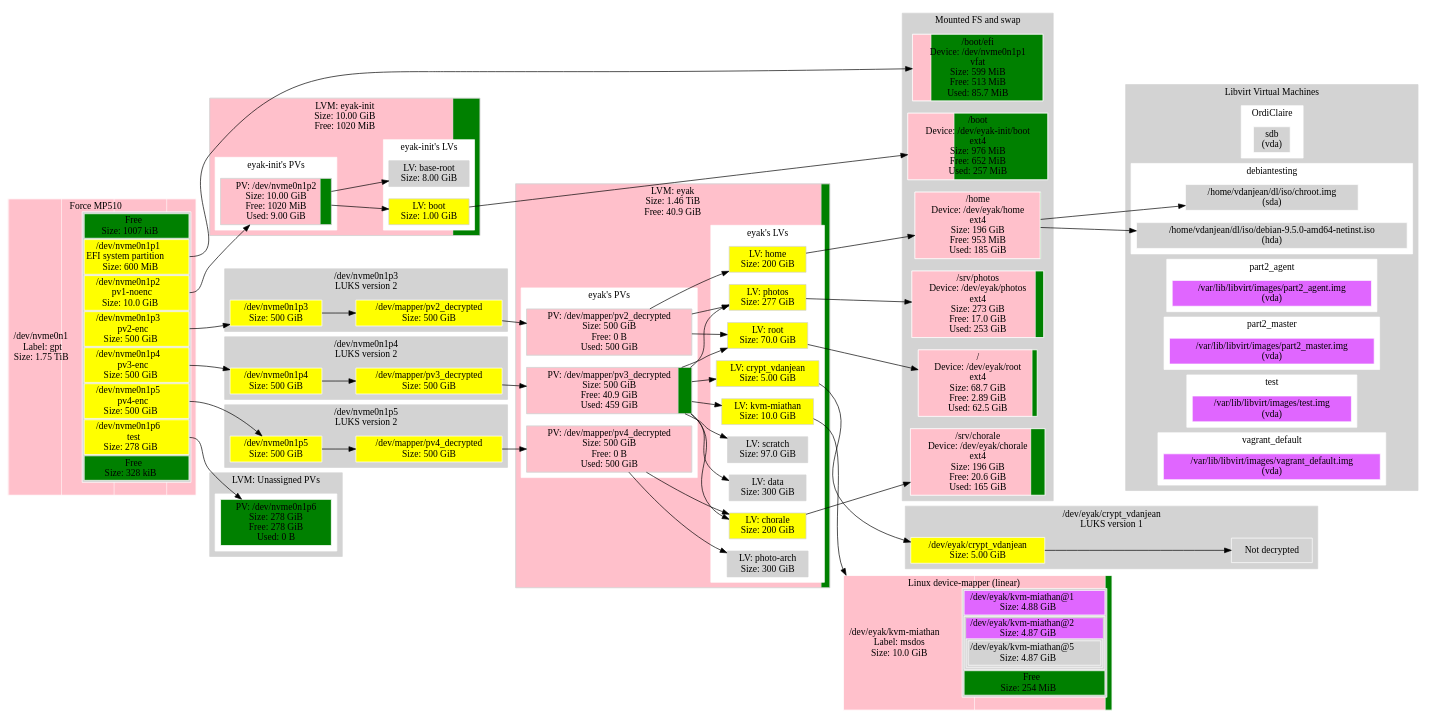
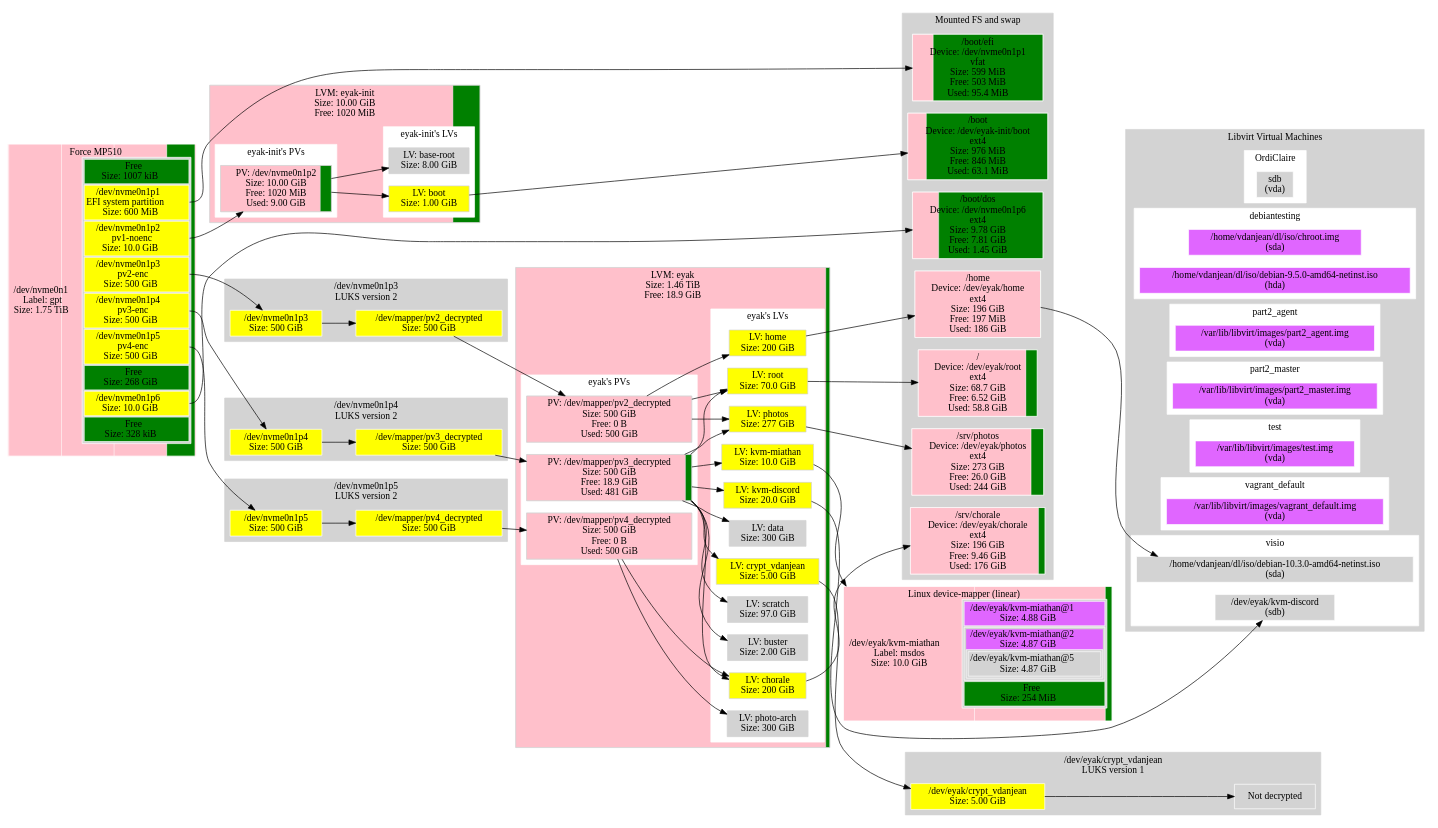
One commit to metacpan/metacpan-cpan-extracted changed the diagram in distros/S/StorageDisplay/data/localhost.ref.dot. Above: the diagram before and after it, drawn with Graphviz. The commit also changed 1802 other files, not shown here.

```diff
--- a/distros/S/StorageDisplay/data/localhost.ref.dot
+++ b/distros/S/StorageDisplay/data/localhost.ref.dot
@@ -1,6 +1,6 @@
 digraph "machine"{
 	rankdir=LR;
-	{ "@Part: dm-6" [
+	{ "@Part: dm-8" [
 		label=<<TABLE BORDER="0" CELLPADDING="0" CELLSPACING="0">
 				<TR> <TD COLSPAN="2">Linux device-mapper (linear)</TD> </TR><TR><TD >/dev/eyak/kvm-miathan<BR/>Label: msdos<BR/>Size: 10.0 GiB</TD>    <TD BGCOLOR="lightgrey">
 				<TABLE >
@@ -76,8 +76,13 @@
 						</TD>
 					</TR>
 					<TR>
+						<TD bgcolor="green">
+						Free<BR/>Size: 268 GiB
+						</TD>
+					</TR>
+					<TR>
 						<TD PORT="6" BGCOLOR="yellow">
-						/dev/nvme0n1p6<BR/>test<BR/>Size: 278 GiB
+						/dev/nvme0n1p6<BR/>Size: 10.0 GiB
 						</TD>
 					</TR>
 					<TR>
@@ -94,24 +99,8 @@
 		fillcolor=lightgrey;
 		shape="rectangle";
 		style=striped;
-		fillcolor="green;0.000001:pink;0.000328:pink;0.005591:pink;0.279564:pink;0.279564:pink;0.279564:pink;0.155387:green;0.000000";
+		fillcolor="green;0.000001:pink;0.000328:pink;0.005591:pink;0.279564:pink;0.279564:pink;0.279564:green;0.149796:pink;0.005591:green;0.000000";
 	]; }
-	subgraph "cluster_Unassigned PVs" {
-		style=filled;
-		color=lightgrey;
-		fillcolor=lightgrey;
-		node [style=filled,color=white,fillcolor=lightgrey,shape=rectangle];
-		subgraph "cluster_Unassigned PVs@PV" {
-			color=white;
-			fillcolor=white;
-			{ "LVM@Unassigned PVs@PV@nvme0n1p6" [
-				label="PV: /dev/nvme0n1p6\nSize: 278 GiB\nFree: 278 GiB\nUsed: 0 B";
-				style=striped;fillcolor="green"
-			]; }
-			label="";
-		}
-		label="LVM: Unassigned PVs";
-	}
 	subgraph "cluster_eyak" {
 		style=filled;
 		color=lightgrey;
@@ -120,15 +109,15 @@
 		subgraph "cluster_eyak@PV" {
 			color=white;
 			fillcolor=white;
-			{ "LVM@eyak@PV@dm-0" [
+			{ "LVM@eyak@PV@dm-2" [
 				label="PV: /dev/mapper/pv2_decrypted\nSize: 500 GiB\nFree: 0 B\nUsed: 500 GiB";
 				style=striped;fillcolor="pink;1.000000.2:green"
 			]; }
-			{ "LVM@eyak@PV@dm-2" [
-				label="PV: /dev/mapper/pv3_decrypted\nSize: 500 GiB\nFree: 40.9 GiB\nUsed: 459 GiB";
-				style=striped;fillcolor="pink;0.918114.2:green"
+			{ "LVM@eyak@PV@dm-4" [
+				label="PV: /dev/mapper/pv3_decrypted\nSize: 500 GiB\nFree: 18.9 GiB\nUsed: 481 GiB";
+				style=striped;fillcolor="pink;0.962116.2:green"
 			]; }
-			{ "LVM@eyak@PV@dm-11" [
+			{ "LVM@eyak@PV@dm-13" [
 				label="PV: /dev/mapper/pv4_decrypted\nSize: 500 GiB\nFree: 0 B\nUsed: 500 GiB";
 				style=striped;fillcolor="pink;1.000000.2:green"
 			]; }
@@ -137,46 +126,54 @@
 		subgraph "cluster_eyak@LV" {
 			color=white;
 			fillcolor=white;
-			{ "dm-13" [
+			{ "dm-12" [
+				label="LV: buster\nSize: 2.00 GiB";
+				fillcolor="lightgrey"
+			]; }
+			{ "dm-15" [
 				label="LV: chorale\nSize: 200 GiB";
 				fillcolor="yellow"
 			]; }
-			{ "dm-5" [
+			{ "dm-7" [
 				label="LV: crypt_vdanjean\nSize: 5.00 GiB";
 				fillcolor="yellow"
 			]; }
-			{ "dm-7" [
+			{ "dm-9" [
 				label="LV: data\nSize: 300 GiB";
 				fillcolor="lightgrey"
 			]; }
-			{ "dm-1" [
+			{ "dm-3" [
 				label="LV: home\nSize: 200 GiB";
 				fillcolor="yellow"
 			]; }
-			{ "dm-6" [
+			{ "dm-11" [
+				label="LV: kvm-discord\nSize: 20.0 GiB";
+				fillcolor="yellow"
+			]; }
+			{ "dm-8" [
 				label="LV: kvm-miathan\nSize: 10.0 GiB";
 				fillcolor="yellow"
 			]; }
-			{ "dm-12" [
+			{ "dm-14" [
 				label="LV: photo-arch\nSize: 300 GiB";
 				fillcolor="lightgrey"
 			]; }
-			{ "dm-4" [
+			{ "dm-6" [
 				label="LV: photos\nSize: 277 GiB";
 				fillcolor="yellow"
 			]; }
-			{ "dm-3" [
+			{ "dm-5" [
 				label="LV: root\nSize: 70.0 GiB";
 				fillcolor="yellow"
 			]; }
-			{ "dm-8" [
+			{ "dm-10" [
 				label="LV: scratch\nSize: 97.0 GiB";
 				fillcolor="lightgrey"
 			]; }
 			label="eyak's LVs";
 		}
-		label="LVM: eyak\nSize: 1.46 TiB\nFree: 40.9 GiB";
-		style=striped;fillcolor="pink;0.972705.2:green"
+		label="LVM: eyak\nSize: 1.46 TiB\nFree: 18.9 GiB";
+		style=striped;fillcolor="pink;0.987372.2:green"
 	}
 	subgraph "cluster_eyak-init" {
 		style=filled;
@@ -195,11 +192,11 @@
 		subgraph "cluster_eyak-init@LV" {
 			color=white;
 			fillcolor=white;
-			{ "dm-10" [
+			{ "dm-1" [
 				label="LV: base-root\nSize: 8.00 GiB";
 				fillcolor="lightgrey"
 			]; }
-			{ "dm-9" [
+			{ "dm-0" [
 				label="LV: boot\nSize: 1.00 GiB";
 				fillcolor="yellow"
 			]; }
@@ -208,16 +205,16 @@
 		label="LVM: eyak-init\nSize: 10.00 GiB\nFree: 1020 MiB";
 		style=striped;fillcolor="pink;0.900352.2:green"
 	}
-	subgraph "cluster_@LUKS@dm-5" {
+	subgraph "cluster_@LUKS@dm-7" {
 		style=filled;
 		color=lightgrey;
 		fillcolor=lightgrey;
 		node [style=filled,color=white,fillcolor=lightgrey,shape=rectangle];
-		{ "@LUKS@dm-5@dm-5" [
+		{ "@LUKS@dm-7@dm-7" [
 			label="/dev/eyak/crypt_vdanjean\nSize: 5.00 GiB";
 			fillcolor="yellow"
 		]; }
-		{ "@LUKS@dm-5@@" [
+		{ "@LUKS@dm-7@@" [
 			label="Not decrypted";
 		]; }
 		label="/dev/eyak/crypt_vdanjean\nLUKS version 1";
@@ -231,7 +228,7 @@
 			label="/dev/nvme0n1p3\nSize: 500 GiB";
 			fillcolor="yellow"
 		]; }
-		{ "dm-0" [
+		{ "dm-2" [
 			label="/dev/mapper/pv2_decrypted\nSize: 500 GiB";
 			fillcolor="yellow"
 		]; }
@@ -246,7 +243,7 @@
 			label="/dev/nvme0n1p4\nSize: 500 GiB";
 			fillcolor="yellow"
 		]; }
-		{ "dm-2" [
+		{ "dm-4" [
 			label="/dev/mapper/pv3_decrypted\nSize: 500 GiB";
 			fillcolor="yellow"
 		]; }
@@ -261,7 +258,7 @@
 			label="/dev/nvme0n1p5\nSize: 500 GiB";
 			fillcolor="yellow"
 		]; }
-		{ "dm-11" [
+		{ "dm-13" [
 			label="/dev/mapper/pv4_decrypted\nSize: 500 GiB";
 			fillcolor="yellow"
 		]; }
@@ -273,28 +270,32 @@
 		fillcolor=lightgrey;
 		node [style=filled,color=white,fillcolor=lightgrey,shape=rectangle];
 		{ "@FS@/boot" [
-			label="/boot\nDevice: /dev/eyak-init/boot\next4\nSize: 976 MiB\nFree: 652 MiB\nUsed: 257 MiB";
-			style=striped;fillcolor="pink;0.331810.2:green"
+			label="/boot\nDevice: /dev/eyak-init/boot\next4\nSize: 976 MiB\nFree: 846 MiB\nUsed: 63.1 MiB";
+			style=striped;fillcolor="pink;0.133515.2:green"
 		]; }
 		{ "@FS@/srv/chorale" [
-			label="/srv/chorale\nDevice: /dev/eyak/chorale\next4\nSize: 196 GiB\nFree: 20.6 GiB\nUsed: 165 GiB";
-			style=striped;fillcolor="pink;0.894964.2:green"
+			label="/srv/chorale\nDevice: /dev/eyak/chorale\next4\nSize: 196 GiB\nFree: 9.46 GiB\nUsed: 176 GiB";
+			style=striped;fillcolor="pink;0.951683.2:green"
 		]; }
 		{ "@FS@/home" [
-			label="/home\nDevice: /dev/eyak/home\next4\nSize: 196 GiB\nFree: 953 MiB\nUsed: 185 GiB";
-			style=striped;fillcolor="pink;0.995247.2:green"
+			label="/home\nDevice: /dev/eyak/home\next4\nSize: 196 GiB\nFree: 197 MiB\nUsed: 186 GiB";
+			style=striped;fillcolor="pink;0.999017.2:green"
 		]; }
 		{ "@FS@/srv/photos" [
-			label="/srv/photos\nDevice: /dev/eyak/photos\next4\nSize: 273 GiB\nFree: 17.0 GiB\nUsed: 253 GiB";
-			style=striped;fillcolor="pink;0.937555.2:green"
+			label="/srv/photos\nDevice: /dev/eyak/photos\next4\nSize: 273 GiB\nFree: 26.0 GiB\nUsed: 244 GiB";
+			style=striped;fillcolor="pink;0.904696.2:green"
 		]; }
 		{ "@FS@/" [
-			label="/\nDevice: /dev/eyak/root\next4\nSize: 68.7 GiB\nFree: 2.89 GiB\nUsed: 62.5 GiB";
-			style=striped;fillcolor="pink;0.957862.2:green"
+			label="/\nDevice: /dev/eyak/root\next4\nSize: 68.7 GiB\nFree: 6.52 GiB\nUsed: 58.8 GiB";
+			style=striped;fillcolor="pink;0.904970.2:green"
 		]; }
 		{ "@FS@/boot/efi" [
-			label="/boot/efi\nDevice: /dev/nvme0n1p1\nvfat\nSize: 599 MiB\nFree: 513 MiB\nUsed: 85.7 MiB";
-			style=striped;fillcolor="pink;0.143089.2:green"
+			label="/boot/efi\nDevice: /dev/nvme0n1p1\nvfat\nSize: 599 MiB\nFree: 503 MiB\nUsed: 95.4 MiB";
+			style=striped;fillcolor="pink;0.159267.2:green"
+		]; }
+		{ "@FS@/boot/dos" [
+			label="/boot/dos\nDevice: /dev/nvme0n1p6\next4\nSize: 9.78 GiB\nFree: 7.81 GiB\nUsed: 1.45 GiB";
+			style=striped;fillcolor="pink;0.201017.2:green"
 		]; }
 		label="Mounted FS and swap";
 	}
@@ -321,9 +322,11 @@
 			fillcolor=white;
 			{ "@libvirt@debiantesting@/home/vdanjean/dl/iso/chroot.img" [
 				label="/home/vdanjean/dl/iso/chroot.img\n(sda)";
+				fillcolor=mediumorchid1
 			]; }
 			{ "@libvirt@debiantesting@/home/vdanjean/dl/iso/debian-9.5.0-amd64-netinst.iso" [
 				label="/home/vdanjean/dl/iso/debian-9.5.0-amd64-netinst.iso\n(hda)";
+				fillcolor=mediumorchid1
 			]; }
 			label="debiantesting";
 		}
@@ -363,46 +366,57 @@
 			]; }
 			label="vagrant_default";
 		}
+		subgraph "cluster_@libvirt@visio" {
+			color=white;
+			fillcolor=white;
+			{ "@libvirt@visio@dm-11" [
+				label="/dev/eyak/kvm-discord\n(sdb)";
+			]; }
+			{ "@libvirt@visio@/home/vdanjean/dl/iso/debian-10.3.0-amd64-netinst.iso" [
+				label="/home/vdanjean/dl/iso/debian-10.3.0-amd64-netinst.iso\n(sda)";
+			]; }
+			label="visio";
+		}
 		label="Libvirt Virtual Machines";
 	}
 	// Links from LVM VG: eyak
-	"LVM@eyak@PV@dm-0" -> "dm-3"
-	"LVM@eyak@PV@dm-0" -> "dm-1"
-	"LVM@eyak@PV@dm-0" -> "dm-4"
-	"LVM@eyak@PV@dm-2" -> "dm-4"
+	"LVM@eyak@PV@dm-4" -> "dm-12"
+	"LVM@eyak@PV@dm-13" -> "dm-15"
+	"LVM@eyak@PV@dm-4" -> "dm-15"
+	"LVM@eyak@PV@dm-4" -> "dm-7"
+	"LVM@eyak@PV@dm-4" -> "dm-9"
+	"LVM@eyak@PV@dm-2" -> "dm-3"
+	"LVM@eyak@PV@dm-4" -> "dm-11"
+	"LVM@eyak@PV@dm-4" -> "dm-8"
+	"LVM@eyak@PV@dm-13" -> "dm-14"
+	"LVM@eyak@PV@dm-2" -> "dm-6"
+	"LVM@eyak@PV@dm-4" -> "dm-6"
 	"LVM@eyak@PV@dm-2" -> "dm-5"
-	"LVM@eyak@PV@dm-2" -> "dm-6"
-	"LVM@eyak@PV@dm-2" -> "dm-7"
-	"LVM@eyak@PV@dm-2" -> "dm-8"
-	"LVM@eyak@PV@dm-2" -> "dm-13"
-	"LVM@eyak@PV@dm-2" -> "dm-3"
-	"LVM@eyak@PV@dm-11" -> "dm-12"
-	"LVM@eyak@PV@dm-11" -> "dm-13"
+	"LVM@eyak@PV@dm-4" -> "dm-5"
+	"LVM@eyak@PV@dm-4" -> "dm-10"
 	// Links from LVM VG: eyak-init
-	"LVM@eyak-init@PV@nvme0n1p2" -> "dm-9"
-	"LVM@eyak-init@PV@nvme0n1p2" -> "dm-10"
+	"LVM@eyak-init@PV@nvme0n1p2" -> "dm-1"
+	"LVM@eyak-init@PV@nvme0n1p2" -> "dm-0"
 	// Links from LUKS: /dev/eyak/crypt_vdanjean
-	"@LUKS@dm-5@dm-5" -> "@LUKS@dm-5@@"
+	"@LUKS@dm-7@dm-7" -> "@LUKS@dm-7@@"
 	// Links from LUKS: /dev/nvme0n1p3
-	"@LUKS@nvme0n1p3@nvme0n1p3" -> "dm-0"
+	"@LUKS@nvme0n1p3@nvme0n1p3" -> "dm-2"
 	// Links from LUKS: /dev/nvme0n1p4
-	"@LUKS@nvme0n1p4@nvme0n1p4" -> "dm-2"
+	"@LUKS@nvme0n1p4@nvme0n1p4" -> "dm-4"
 	// Links from LUKS: /dev/nvme0n1p5
-	"@LUKS@nvme0n1p5@nvme0n1p5" -> "dm-11"
-	// Links for @Part: dm-6
-	"dm-6" -> "@Part: dm-6"
-	// Links for LVM@Unassigned PVs@PV@nvme0n1p6
-	"@Part: nvme0n1":"6" -> "LVM@Unassigned PVs@PV@nvme0n1p6"
-	// Links for LVM@eyak@PV@dm-0
-	"dm-0" -> "LVM@eyak@PV@dm-0"
+	"@LUKS@nvme0n1p5@nvme0n1p5" -> "dm-13"
+	// Links for @Part: dm-8
+	"dm-8" -> "@Part: dm-8"
 	// Links for LVM@eyak@PV@dm-2
 	"dm-2" -> "LVM@eyak@PV@dm-2"
-	// Links for LVM@eyak@PV@dm-11
-	"dm-11" -> "LVM@eyak@PV@dm-11"
+	// Links for LVM@eyak@PV@dm-4
+	"dm-4" -> "LVM@eyak@PV@dm-4"
+	// Links for LVM@eyak@PV@dm-13
+	"dm-13" -> "LVM@eyak@PV@dm-13"
 	// Links for LVM@eyak-init@PV@nvme0n1p2
 	"@Part: nvme0n1":"2" -> "LVM@eyak-init@PV@nvme0n1p2"
-	// Links for @LUKS@dm-5@dm-5
-	"dm-5" -> "@LUKS@dm-5@dm-5"
+	// Links for @LUKS@dm-7@dm-7
+	"dm-7" -> "@LUKS@dm-7@dm-7"
 	// Links for @LUKS@nvme0n1p3@nvme0n1p3
 	"@Part: nvme0n1":"3" -> "@LUKS@nvme0n1p3@nvme0n1p3"
 	// Links for @LUKS@nvme0n1p4@nvme0n1p4
@@ -410,19 +424,21 @@
 	// Links for @LUKS@nvme0n1p5@nvme0n1p5
 	"@Part: nvme0n1":"5" -> "@LUKS@nvme0n1p5@nvme0n1p5"
 	// Links for @FS@/boot
-	"dm-9" -> "@FS@/boot"
+	"dm-0" -> "@FS@/boot"
 	// Links for @FS@/srv/chorale
-	"dm-13" -> "@FS@/srv/chorale"
+	"dm-15" -> "@FS@/srv/chorale"
 	// Links for @FS@/home
-	"dm-1" -> "@FS@/home"
+	"dm-3" -> "@FS@/home"
 	// Links for @FS@/srv/photos
-	"dm-4" -> "@FS@/srv/photos"
+	"dm-6" -> "@FS@/srv/photos"
 	// Links for @FS@/
-	"dm-3" -> "@FS@/"
+	"dm-5" -> "@FS@/"
 	// Links for @FS@/boot/efi
 	"@Part: nvme0n1":"1" -> "@FS@/boot/efi"
-	// Links for @libvirt@debiantesting@/home/vdanjean/dl/iso/chroot.img
-	"@FS@/home" -> "@libvirt@debiantesting@/home/vdanjean/dl/iso/chroot.img"
-	// Links for @libvirt@debiantesting@/home/vdanjean/dl/iso/debian-9.5.0-amd64-netinst.iso
-	"@FS@/home" -> "@libvirt@debiantesting@/home/vdanjean/dl/iso/debian-9.5.0-amd64-netinst.iso"
+	// Links for @FS@/boot/dos
+	"@Part: nvme0n1":"6" -> "@FS@/boot/dos"
+	// Links for @libvirt@visio@dm-11
+	"dm-11" -> "@libvirt@visio@dm-11"
+	// Links for @libvirt@visio@/home/vdanjean/dl/iso/debian-10.3.0-amd64-netinst.iso
+	"@FS@/home" -> "@libvirt@visio@/home/vdanjean/dl/iso/debian-10.3.0-amd64-netinst.iso"
 }
```
